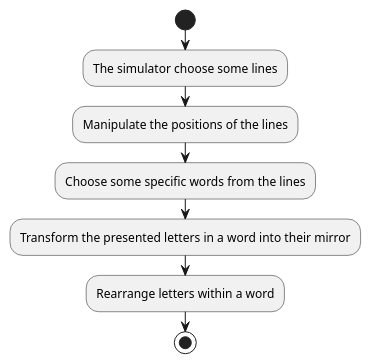
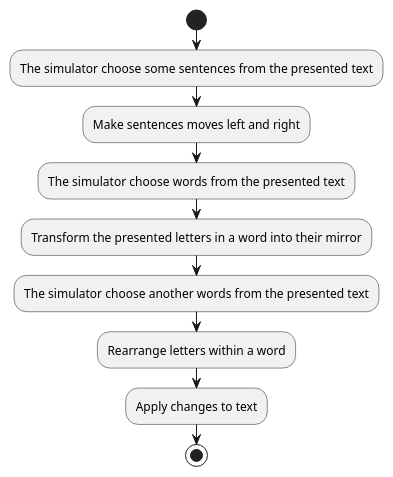
One commit to Muhammed-als/Dyslexia-Simulator changed the diagram in diagrams/flow_diagrams/visual.puml. Above: the diagram before and after it, drawn with PlantUML. The commit also changed 9 other files, not shown here.

Commit message:
flow diagrams are updated

```diff
--- a/diagrams/flow_diagrams/visual.puml
+++ b/diagrams/flow_diagrams/visual.puml
@@ -1,10 +1,12 @@
 @startuml Visual
 start
 
-:The simulator choose some lines;
-:Manipulate the positions of the lines;
-:Choose some specific words from the lines;
+:The simulator choose some sentences from the presented text;
+:Make sentences moves left and right;
+:The simulator choose words from the presented text; 
 :Transform the presented letters in a word into their mirror;
+:The simulator choose another words from the presented text;
 :Rearrange letters within a word;
+:Apply changes to text;
 stop
 @enduml
```
